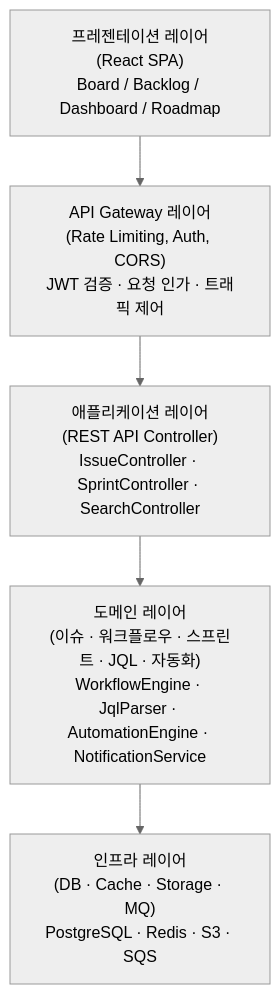
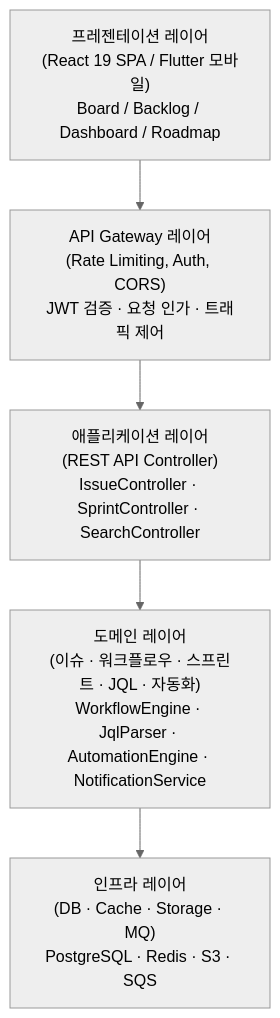
One commit to JiraOrgan/documents changed the first of 9 diagrams in 03-아키텍처정의서/03-아키텍처정의서_v3.0.md. Above: the diagram before and after it, drawn with Mermaid (neutral theme). The commit also changed other lines of this file and 9 other files, not shown here.

First line of the commit message:
feat: 기술 스택 최신화 + Flutter 모바일 + Python 추가

````diff
--- a/03-아키텍처정의서/03-아키텍처정의서_v3.0.md
+++ b/03-아키텍처정의서/03-아키텍처정의서_v3.0.md
@@ -46,13 +46,13 @@
 ```mermaid
 flowchart TB
-    Presentation["프레젠테이션 레이어\n(React SPA)\nBoard / Backlog / Dashboard / Roadmap"]
+    Presentation["프레젠테이션 레이어\n(React 19 SPA / Flutter 모바일)\nBoard / Backlog / Dashboard / Roadmap"]
     API_Gateway["API Gateway 레이어\n(Rate Limiting, Auth, CORS)\nJWT 검증 · 요청 인가 · 트래픽 제어"]
     Application["애플리케이션 레이어\n(REST API Controller)\nIssueController · SprintController · SearchController"]
     Domain["도메인 레이어\n(이슈 · 워크플로우 · 스프린트 · JQL · 자동화)\nWorkflowEngine · JqlParser · AutomationEngine · NotificationService"]
     Infrastructure["인프라 레이어\n(DB · Cache · Storage · MQ)\nPostgreSQL · Redis · S3 · SQS"]
 
     Presentation --> API_Gateway
     API_Gateway --> Application
     Application --> Domain
     Domain --> Infrastructure
 ```
````
